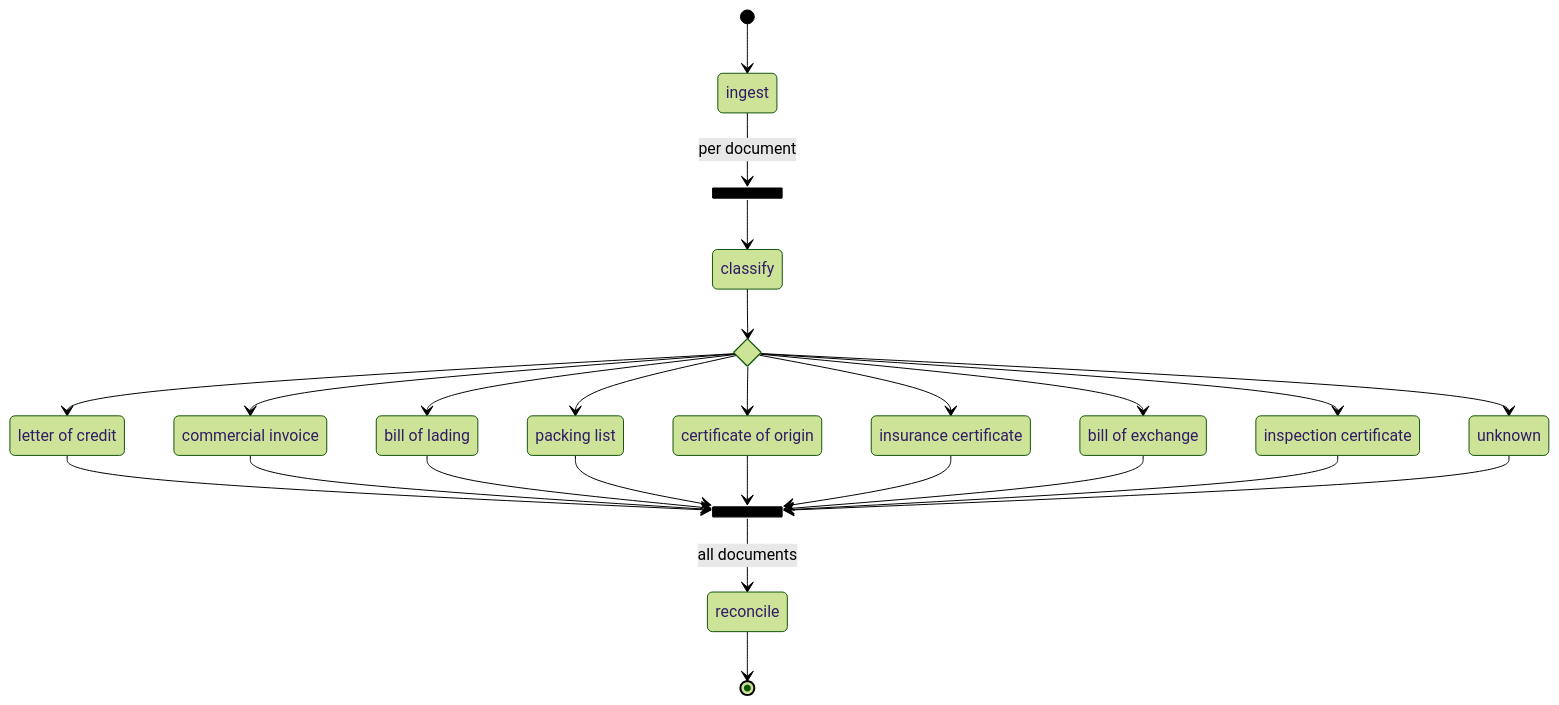
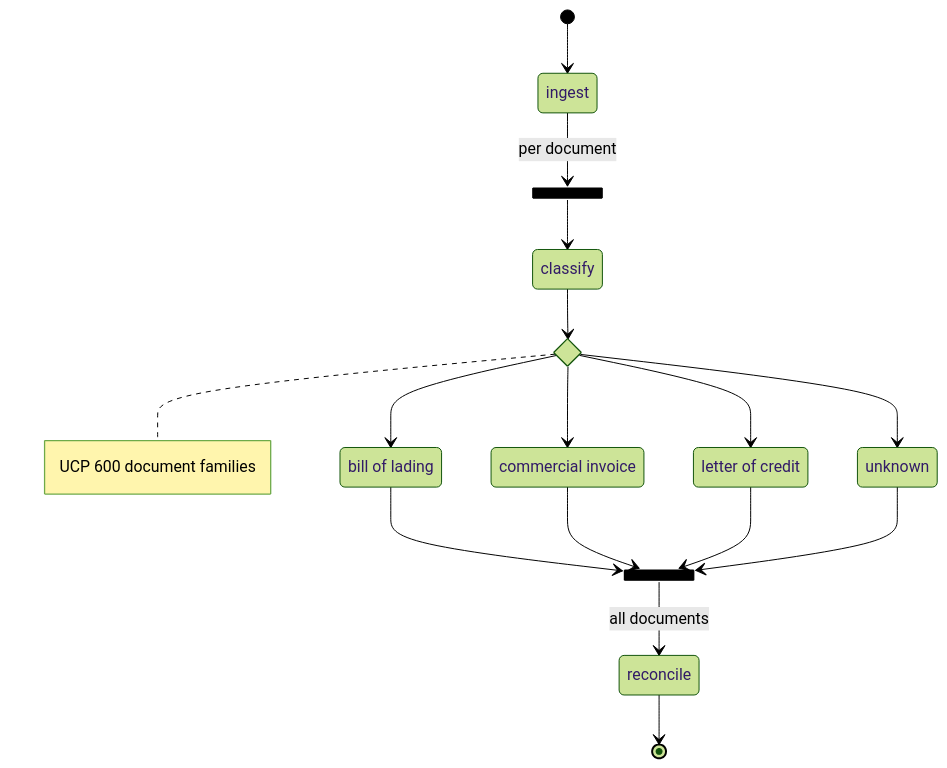
One commit to selvakumarperumal/Trade_Finance_Doc_Mismatch_Detector changed the diagram in backend/WALKTHROUGH.md. Above: the diagram before and after it, drawn with Mermaid (forest theme). The commit also changed other lines of this file and 1 other file, not shown here.

````diff
--- a/backend/WALKTHROUGH.md
+++ b/backend/WALKTHROUGH.md
@@ -1618,43 +145,31 @@
 ```mermaid
 stateDiagram-v2
   ingest
   state fan_out_documents <<fork>>
   classify
   state route_by_document_type <<choice>>
+  note right of route_by_document_type
+    UCP 600 document families
+  end note
+  extract_bill_of_lading: bill of lading
+  extract_commercial_invoice: commercial invoice
   extract_letter_of_credit: letter of credit
-  extract_commercial_invoice: commercial invoice
-  extract_bill_of_lading: bill of lading
-  extract_packing_list: packing list
-  extract_certificate_of_origin: certificate of origin
-  extract_insurance_certificate: insurance certificate
-  extract_bill_of_exchange: bill of exchange
-  extract_inspection_certificate: inspection certificate
   skip_unclassified: unknown
   state collect_extractions <<join>>
   reconcile
 
   [*] --> ingest
   ingest --> fan_out_documents: per document
   fan_out_documents --> classify
   classify --> route_by_document_type
+  route_by_document_type --> extract_bill_of_lading
+  route_by_document_type --> extract_commercial_invoice
   route_by_document_type --> extract_letter_of_credit
-  route_by_document_type --> extract_commercial_invoice
-  route_by_document_type --> extract_bill_of_lading
-  route_by_document_type --> extract_packing_list
-  route_by_document_type --> extract_certificate_of_origin
-  route_by_document_type --> extract_insurance_certificate
-  route_by_document_type --> extract_bill_of_exchange
-  route_by_document_type --> extract_inspection_certificate
   route_by_document_type --> skip_unclassified
+  extract_bill_of_lading --> collect_extractions
+  extract_commercial_invoice --> collect_extractions
   extract_letter_of_credit --> collect_extractions
-  extract_commercial_invoice --> collect_extractions
-  extract_bill_of_lading --> collect_extractions
-  extract_packing_list --> collect_extractions
-  extract_certificate_of_origin --> collect_extractions
-  extract_insurance_certificate --> collect_extractions
-  extract_bill_of_exchange --> collect_extractions
-  extract_inspection_certificate --> collect_extractions
   skip_unclassified --> collect_extractions
   collect_extractions --> reconcile: all documents
   reconcile --> [*]
 ```
````
